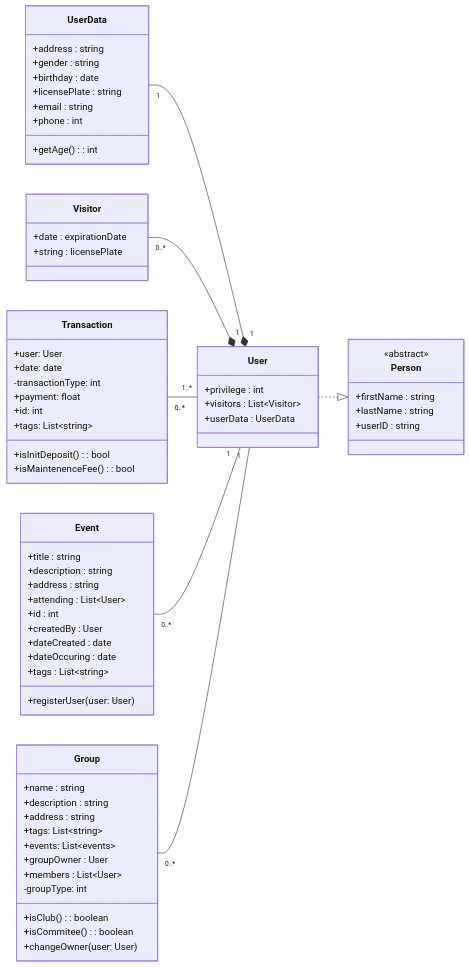
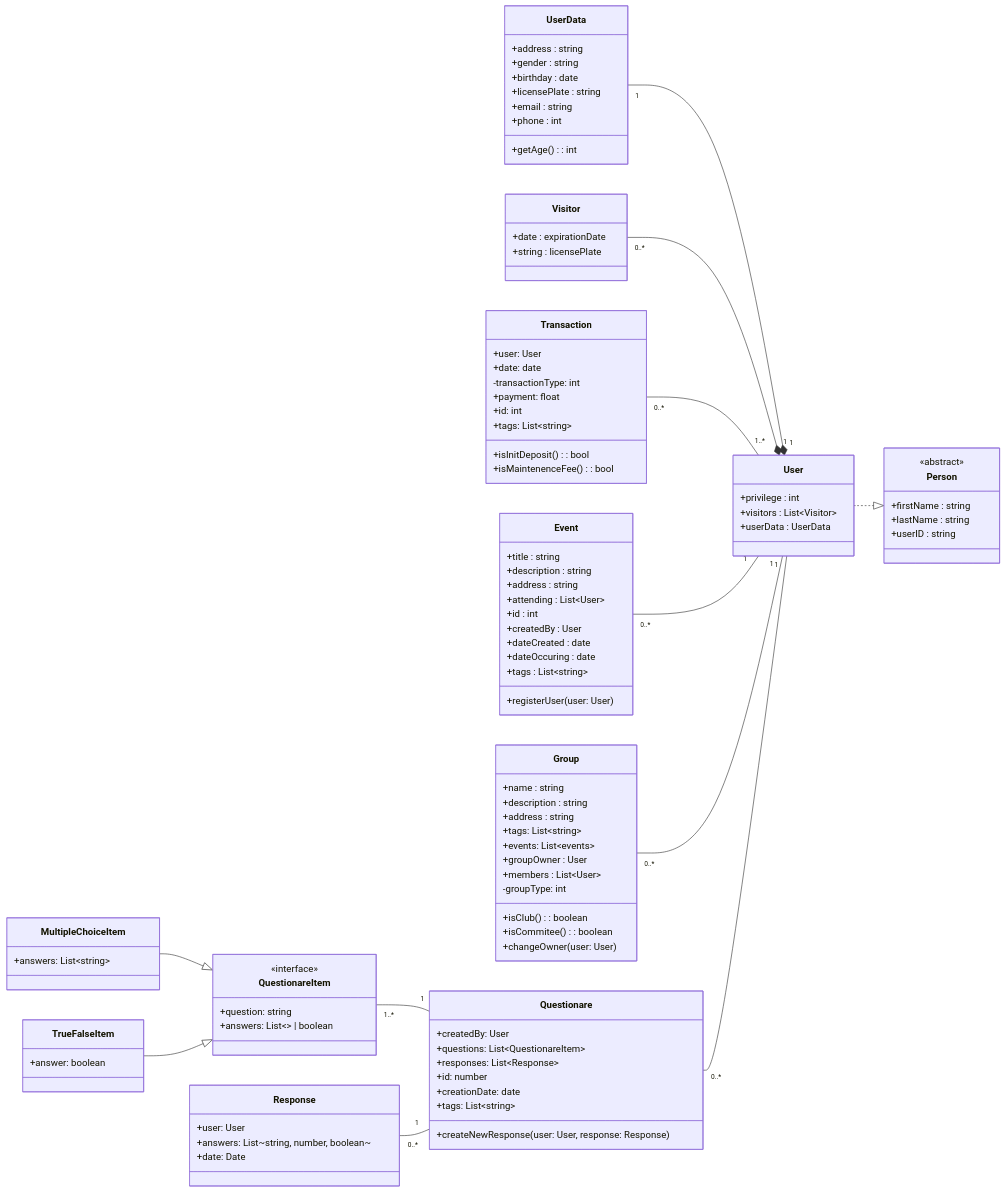
The diagram in mermaid/class_diagram.mmd (ADolbyB/community-oasis-dashboard), drawn with Mermaid before and after one commit.

Commit message:
Completed class diagram

```diff
--- a/mermaid/class_diagram.mmd
+++ b/mermaid/class_diagram.mmd
@@ -1,75 +1,112 @@
 classDiagram
 	direction RL
 	Person <|.. User
 	User "1" *-- "1" UserData
 	User "1" *-- "0..*" Visitor
 	User "1..*" -- "0..*" Transaction
 	User "1" -- "0..*" Event
 	User "1" -- "0..*" Group
+	User "1" -- "0..*" Questionare
+	Questionare "1" -- "1..*" QuestionareItem
+	QuestionareItem <| -- MultipleChoiceItem
+	QuestionareItem <| -- TrueFalseItem
+	Questionare "1" -- "0..*" Response
 	
 	class Person {
 	<<abstract>>
 		+firstName : string
 		+lastName : string
 		+userID : string
 	}
 
 	class User {
 		+privilege : int
 		+visitors : List~Visitor~
 		+userData : UserData
 
 	}
 
 	class UserData {
 		+address : string
 		+gender : string
 		+birthday : date
 		+licensePlate : string
 		+email : string
 		+phone : int
 		+getAge(): int
 	}
 
 	class Visitor {
 		+date : expirationDate
 		+string : licensePlate
 	}
 
 	class Event {
 		+title : string
 		+description : string
 		+address : string
 		+attending : List~User~
 		+id : int
 		+createdBy : User
 		+dateCreated : date
 		+dateOccuring : date
 		+tags : List~string~
 		+registerUser(user: User)
 	}
 
 	class Transaction {
 		+user: User
 		+date: date
 		-transactionType: int
 		+payment: float
 		+id: int
 		+tags: List~string~
 		+isInitDeposit(): bool
 		+isMaintenenceFee(): bool
 	}
 
 	class Group {
 		+name : string
 		+description : string
 		+address : string
 		+tags: List~string~
 		+events: List~events~
 		+groupOwner : User
 		+members : List~User~
 		-groupType: int
 		+isClub(): boolean
 		+isCommitee(): boolean
 		+changeOwner(user: User)
 	}
+
+	class QuestionareItem {
+		<<interface>>
+		+question: string
+		+answers: List~~ | boolean
+	}
+
+	class Questionare {
+		+createdBy: User
+		+questions: List~QuestionareItem~
+
+		+responses: List~Response~
+		+id: number
+		+creationDate: date
+		+tags: List~string~
+
+		+createNewResponse(user: User, response: Response)
+	}
+
+	class Response {
+		+user: User
+		+answers: List~string, number, boolean~
+		+date: Date
+	}
+
+	class MultipleChoiceItem {
+		+answers: List~string~
+	}
+
+	class TrueFalseItem {
+		+answer: boolean
+	}
```
